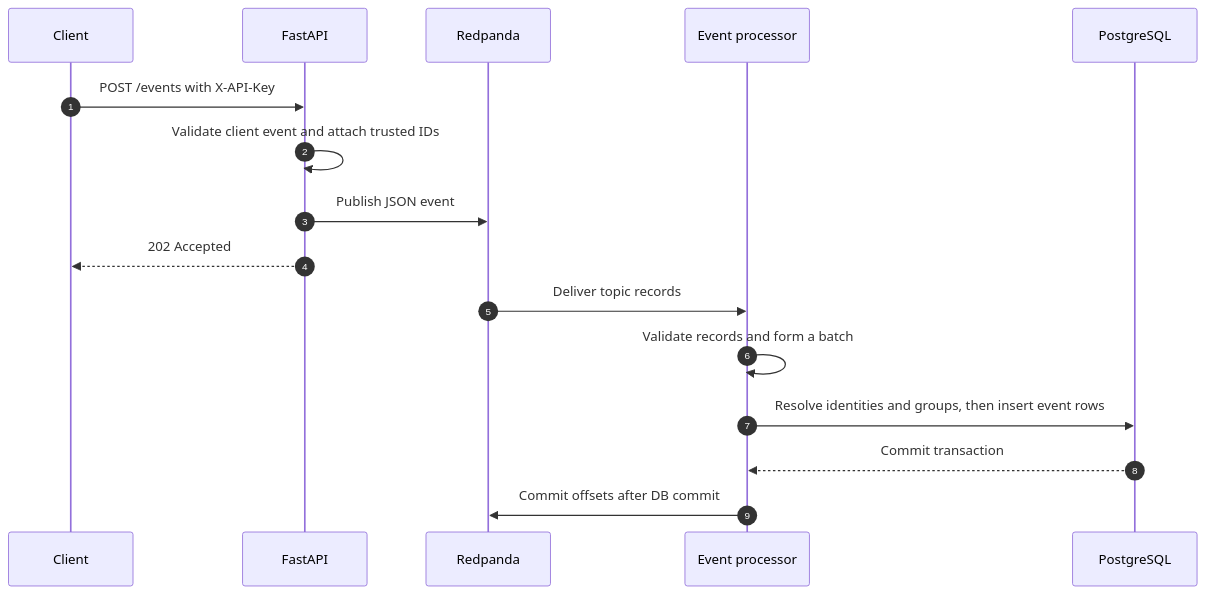
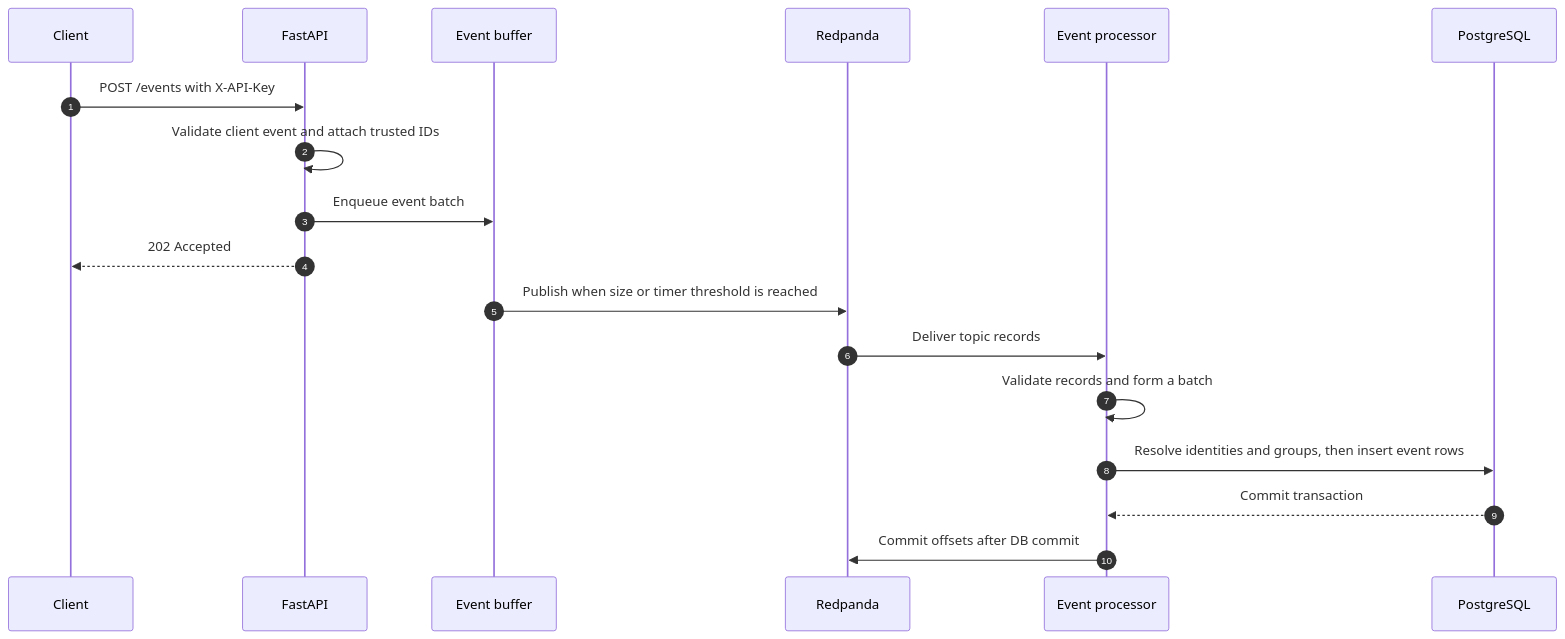
The second of 2 diagrams in backend/README.md (Shubhtistic/Vortex), drawn with Mermaid before and after one commit. The commit also changed other lines of this file and 19 other files, not shown here.

````diff
--- a/backend/README.md
+++ b/backend/README.md
@@ -45,19 +48,21 @@
 ```mermaid
 sequenceDiagram
     autonumber
     participant Client
     participant API as FastAPI
+    participant Buffer as Event buffer
     participant RP as Redpanda
     participant Worker as Event processor
     participant DB as PostgreSQL
 
     Client->>API: POST /events with X-API-Key
     API->>API: Validate client event and attach trusted IDs
-    API->>RP: Publish JSON event
+    API->>Buffer: Enqueue event batch
     API-->>Client: 202 Accepted
+    Buffer->>RP: Publish when size or timer threshold is reached
     RP->>Worker: Deliver topic records
     Worker->>Worker: Validate records and form a batch
     Worker->>DB: Resolve identities and groups, then insert event rows
     DB-->>Worker: Commit transaction
     Worker->>RP: Commit offsets after DB commit
 ```
````
